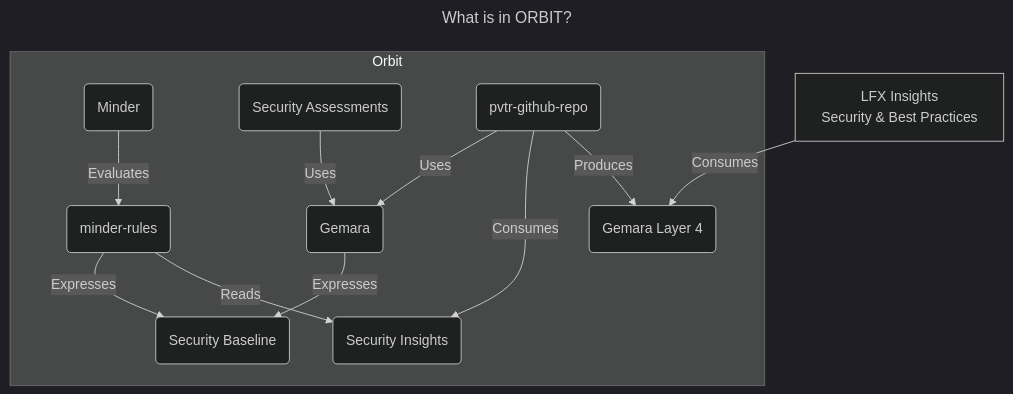
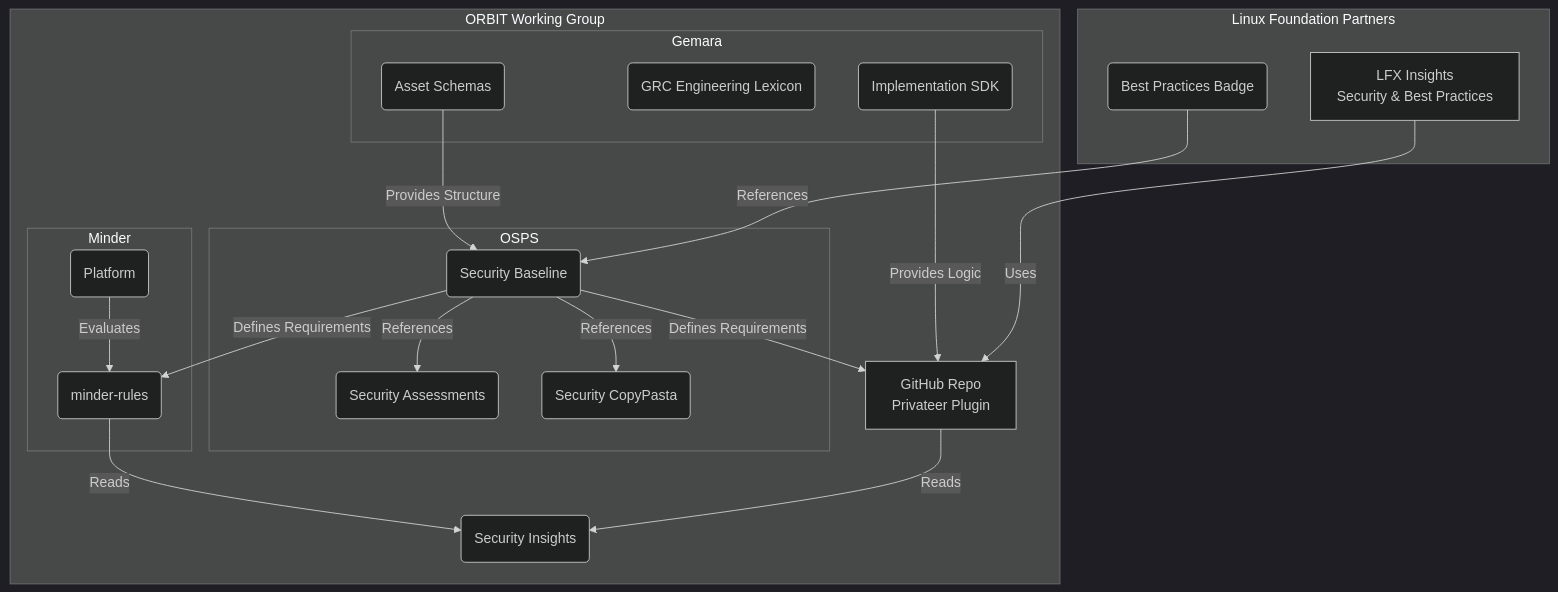
One commit to ossf/wg-orbit changed the diagram in README.md. Above: the diagram before and after it, drawn with Mermaid (dark theme).

Commit message:
docs: update mermaid chart

````diff
--- a/README.md
+++ b/README.md
@@ -8,32 +8,45 @@
 ```mermaid
----
-title: What is in ORBIT?
----
 flowchart TD
-    subgraph Orbit
-    Baseline(Security Baseline)
-    click Baseline "https://github.com/ossf/security-baseline?tab=readme-ov-file#readme"
-    Gemara(Gemara)
-    click Gemara "https://github.com/ossf/gemara?tab=readme-ov-file#readme"
+    subgraph ORBIT Working Group
+    subgraph OSPS
+        Assessments(Security Assessments)
+        CopyPasta(Security CopyPasta)
+        Baseline(Security Baseline)
+        click Baseline "https://github.com/ossf/security-baseline?tab=readme-ov-file#readme"
+        Baseline --> | References | Assessments & CopyPasta
+    end
+    subgraph Gemara
+        GemaraSDK(Implementation SDK)
+        Lexicon(GRC Engineering Lexicon)
+        click GemaraSDK "https://github.com/ossf/gemara"
+        GemaraSchema(Asset Schemas)
+    end
     SecurityInsights(Security Insights)
     click SecurityInsights "https://github.com/ossf/security-insights?tab=readme-ov-file#readme"
-    Minder(Minder)
-    click Minder "https://github.com/mindersec/minder?tab=readme-ov-file#readme"
-    Minder -->|Evaluates| minder-rules(minder-rules)
+    subgraph Minder
+    MinderPlatform(Platform)
+    click MinderPlatform "https://github.com/mindersec/minder?tab=readme-ov-file#readme"
+    MinderPlatform -->|Evaluates| minder-rules(minder-rules)
     click minder-rules "https://github.com/mindersec/minder-rules-and-profiles?tab=readme-ov-file#readme"
-    minder-rules -->|Expresses| Baseline
+    end
+
     minder-rules -->|Reads| SecurityInsights
-    Assessments(Security Assessments)
     click Assessments "https://github.com/ossf/security-assessments?tab=readme-ov-file#readme"
-    Gemara -->|Expresses| Baseline
-    pvtr(pvtr-github-repo) -->|Uses | Gemara
+    GemaraSchema -->| Provides Structure| Baseline
+    pvtr[GitHub Repo
+    Privateer Plugin]
     click pvtr "https://github.com/revanite-io/pvtr-github-repo?tab=readme-ov-file#readme"
-    pvtr -->|Consumes | SecurityInsights
-    pvtr -->|Produces | AssessmentResults(Gemara Layer 4)
-    click AssessmentResults "https://github.com/ossf/gemara?tab=readme-ov-file#layer-4-evaluation"
-    Assessments -->|Uses | Gemara
+    pvtr -->|Reads | SecurityInsights
+
     end
+
+    subgraph Linux Foundation Partners
+    BPB(Best Practices Badge) -->| References | Baseline
+    GemaraSDK -->|Provides Logic |pvtr
     LFXInsights[LFX Insights
-    Security & Best Practices] -->|Consumes |AssessmentResults
+    Security & Best Practices] -->|Uses |pvtr
     click LFXInsights "https://insights.linuxfoundation.org/"
+    end
+
+    Baseline -->| Defines Requirements | pvtr & minder-rules
 ```
````
